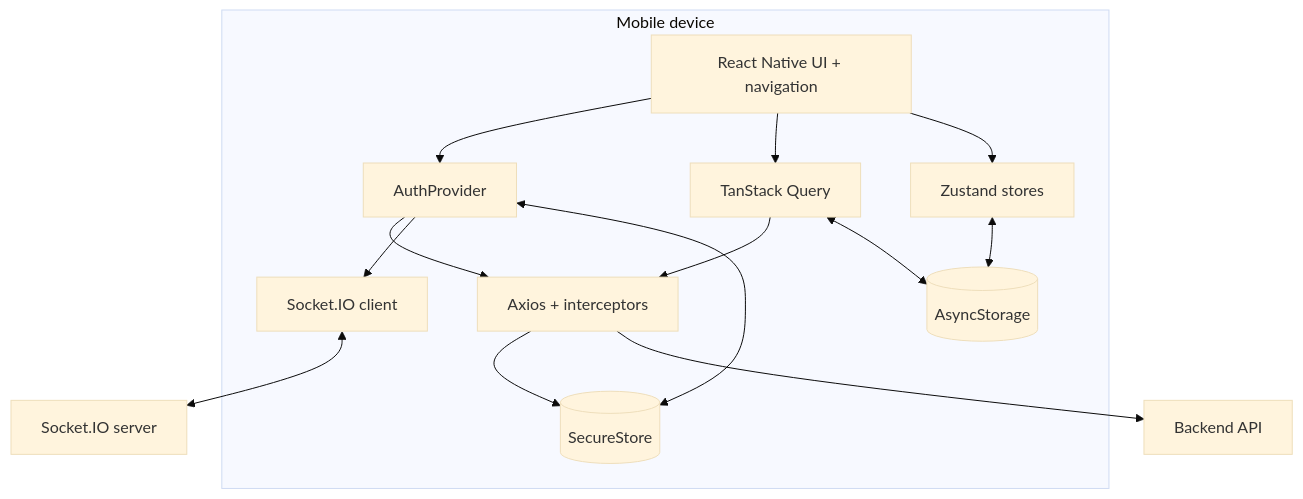
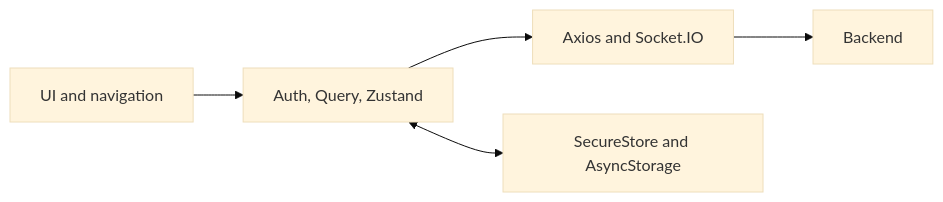
Before and after one commit to kobihanoch/Strong-Together-App: the second of 3 diagrams in docs/c4-architecture-overview.md, drawn with Mermaid (base theme). The commit also changed other lines of this file and 21 other files, not shown here.

````diff
--- a/docs/c4-architecture-overview.md
+++ b/docs/c4-architecture-overview.md
@@ -23,25 +18,7 @@
 ```mermaid
-flowchart TB
-    subgraph Device[Mobile device]
-        UI[React Native UI + navigation]
-        Auth[AuthProvider]
-        Query[TanStack Query]
-        Stores[Zustand stores]
-        HTTP[Axios + interceptors]
-        Socket[Socket.IO client]
-        Secure[(SecureStore)]
-        Async[(AsyncStorage)]
-    end
-    UI --> Auth
-    UI --> Query
-    UI --> Stores
-    Query --> HTTP
-    Auth --> HTTP
-    Auth --> Socket
-    Auth <--> Secure
-    HTTP --> Secure
-    Query <--> Async
-    Stores <--> Async
-    HTTP --> API[Backend API]
-    Socket <--> Realtime[Socket.IO server]
+flowchart LR
+    UI[UI and navigation] --> State[Auth, Query, Zustand]
+    State --> IO[Axios and Socket.IO]
+    IO --> Backend[Backend]
+    State <--> Storage[SecureStore and AsyncStorage]
 ```
````
